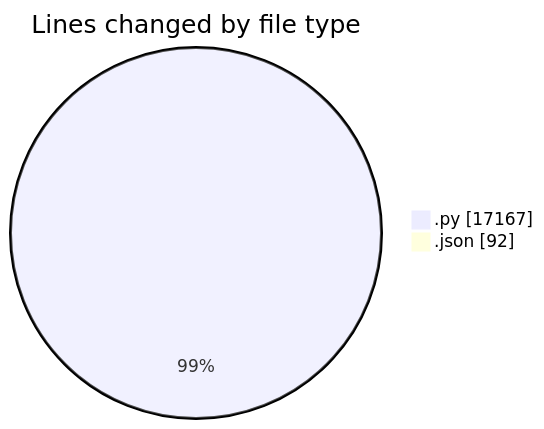
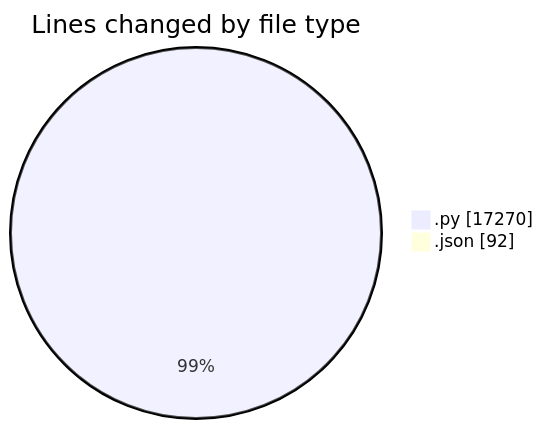
The first of 2 diagrams in 2025-07-13/telebot/README.md (jrari/code-tracking), drawn with Mermaid before and after one commit. The commit also changed other lines of this file and 1 other file, not shown here.

````diff
--- a/2025-07-13/telebot/README.md
+++ b/2025-07-13/telebot/README.md
@@ -46,6 +46,6 @@
 ```mermaid
 pie showData
 title Lines changed by file type
-".py" : 17167
+".py" : 17270
 ".json" : 92
 ```
````
